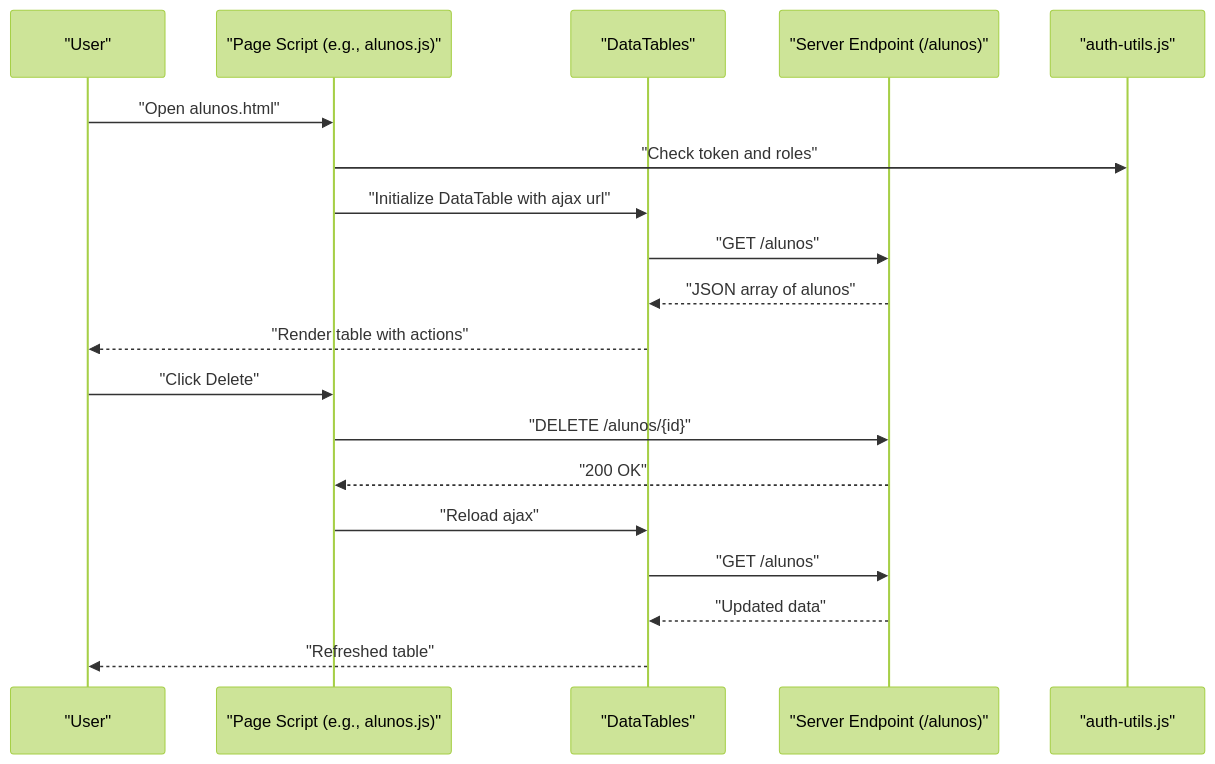
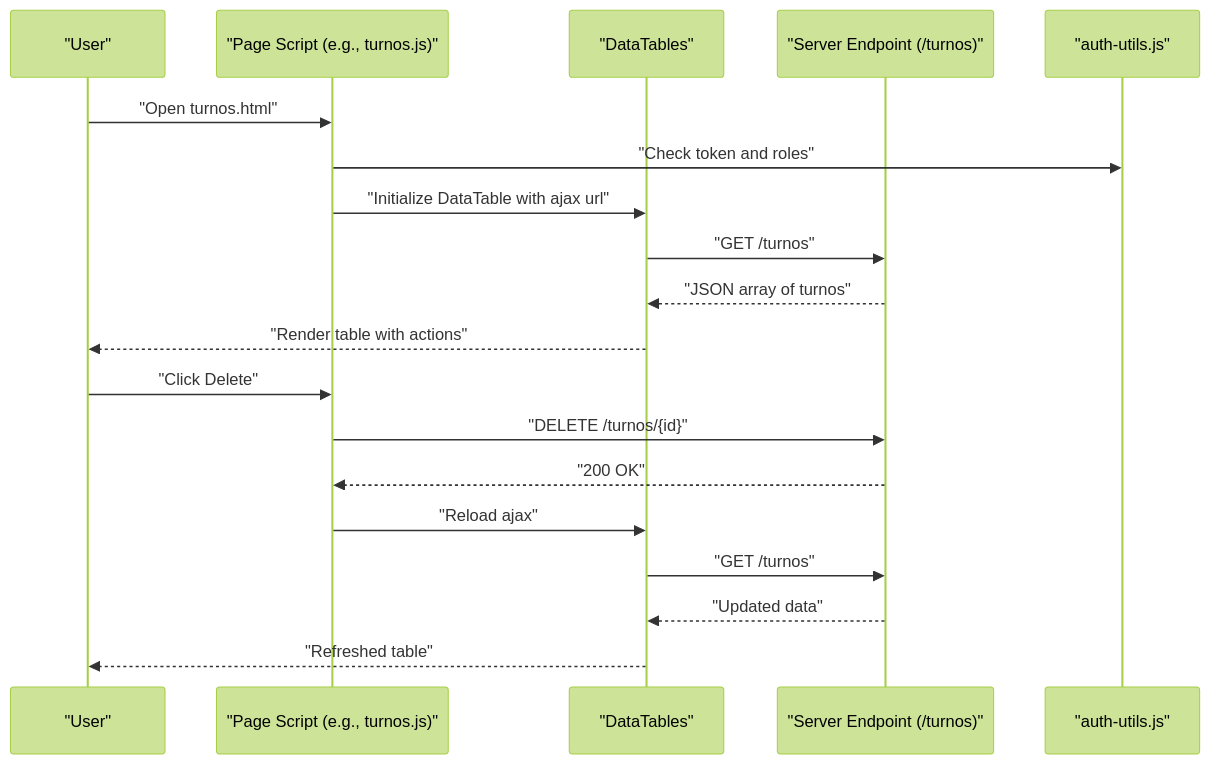
Before and after one commit to luiseduacosta/nodemural: the second of 5 diagrams in .qoder/repowiki/en/content/Frontend Architecture/Entity Management Interfaces.md, drawn with Mermaid (forest theme). The commit also changed other lines of this file and 4 other files, not shown here.

````diff
--- a/.qoder/repowiki/en/content/Frontend Architecture/Entity Management Interfaces.md
+++ b/.qoder/repowiki/en/content/Frontend Architecture/Entity Management Interfaces.md
@@ -133,21 +134,21 @@
 ```mermaid
 sequenceDiagram
 participant U as "User"
-participant P as "Page Script (e.g., alunos.js)"
+participant P as "Page Script (e.g., turnos.js)"
 participant DT as "DataTables"
-participant S as "Server Endpoint (/alunos)"
+participant S as "Server Endpoint (/turnos)"
 participant AU as "auth-utils.js"
-U->>P : "Open alunos.html"
+U->>P : "Open turnos.html"
 P->>AU : "Check token and roles"
 P->>DT : "Initialize DataTable with ajax url"
-DT->>S : "GET /alunos"
-S-->>DT : "JSON array of alunos"
+DT->>S : "GET /turnos"
+S-->>DT : "JSON array of turnos"
 DT-->>U : "Render table with actions"
 U->>P : "Click Delete"
-P->>S : "DELETE /alunos/{id}"
+P->>S : "DELETE /turnos/{id}"
 S-->>P : "200 OK"
 P->>DT : "Reload ajax"
-DT->>S : "GET /alunos"
+DT->>S : "GET /turnos"
 S-->>DT : "Updated data"
 DT-->>U : "Refreshed table"
 ```
````
